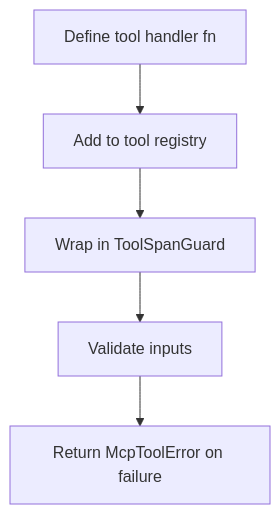
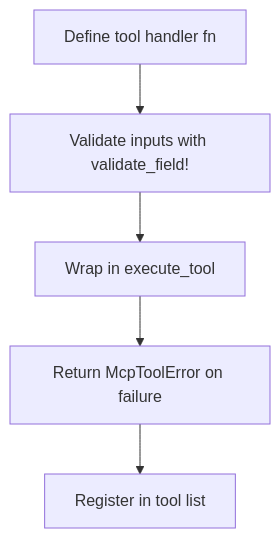
Before and after one commit to mdz-axo/zed-kask: the diagram in kask/docs/diataxis/hkask-mcp-server/how-to.md, drawn with Mermaid. The commit also changed other lines of this file and 16 other files, not shown here.

````diff
--- a/kask/docs/diataxis/hkask-mcp-server/how-to.md
+++ b/kask/docs/diataxis/hkask-mcp-server/how-to.md
@@ -27,7 +34,7 @@
 ```mermaid
 flowchart TD
-    A[Define tool handler fn] --> B[Add to tool registry]
-    B --> C[Wrap in ToolSpanGuard]
-    C --> D[Validate inputs]
-    D --> E[Return McpToolError on failure]
+    A[Define tool handler fn] --> B[Validate inputs with validate_field!]
+    B --> C[Wrap in execute_tool]
+    C --> D[Return McpToolError on failure]
+    D --> E[Register in tool list]
 ```
````
